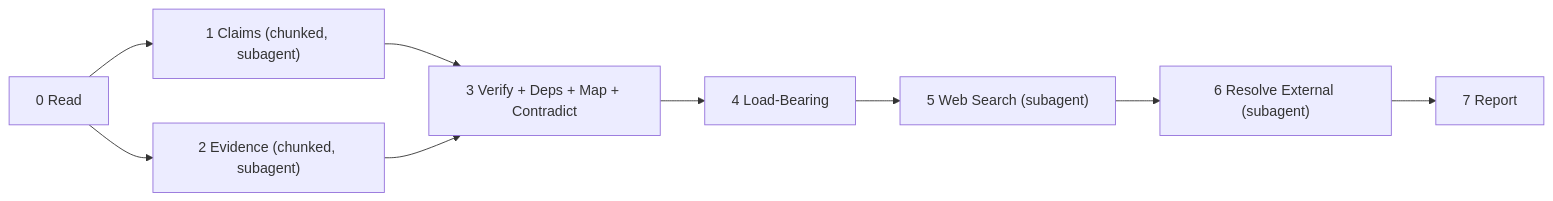
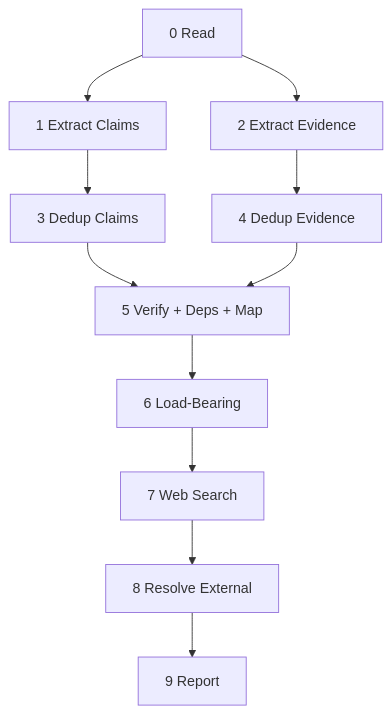
One commit to sabriguenes/wg21-paperflow changed the diagram in packages/review/src/review/extractor.md. Above: the diagram before and after it, drawn with Mermaid. The commit also changed other lines of this file and 20 other files, not shown here.

````diff
--- a/packages/review/src/review/extractor.md
+++ b/packages/review/src/review/extractor.md
@@ -7,11 +5,13 @@
 ```mermaid
-flowchart LR
-    S0[0 Read] --> S1["1 Claims (chunked, subagent)"]
-    S0 --> S2["2 Evidence (chunked, subagent)"]
-    S1 --> S3["3 Verify + Deps + Map + Contradict"]
-    S2 --> S3
-    S3 --> S4[4 Load-Bearing]
-    S4 --> S5["5 Web Search (subagent)"]
-    S5 --> S6["6 Resolve External (subagent)"]
-    S6 --> S7[7 Report]
+flowchart TD
+    S0[0 Read] --> S1[1 Extract Claims]
+    S0 --> S2[2 Extract Evidence]
+    S1 --> S3[3 Dedup Claims]
+    S2 --> S4[4 Dedup Evidence]
+    S3 --> S5[5 Verify + Deps + Map]
+    S4 --> S5
+    S5 --> S6[6 Load-Bearing]
+    S6 --> S7[7 Web Search]
+    S7 --> S8[8 Resolve External]
+    S8 --> S9[9 Report]
 ```
````
